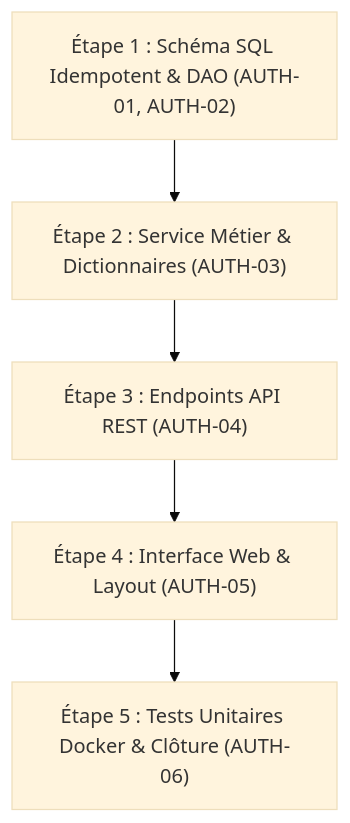
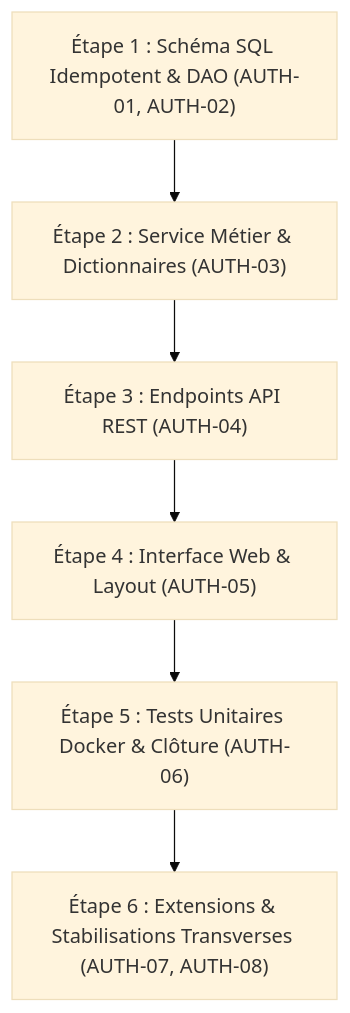
Before and after one commit to Cyrilpop/cemantix-rag-solver: the diagram in docs/roadmap/2026-11-07-authentification-joueurs/01-plan.md, drawn with Mermaid (base theme). The commit also changed other lines of this file and 4 other files, not shown here.

Commit message:
docs(m14): mise à jour de la documentation, de la roadmap et du jalon M14

````diff
--- a/docs/roadmap/2026-11-07-authentification-joueurs/01-plan.md
+++ b/docs/roadmap/2026-11-07-authentification-joueurs/01-plan.md
@@ -115,7 +130,8 @@
 ```mermaid
 flowchart TD
     Step1["Étape 1 : Schéma SQL Idempotent & DAO (AUTH-01, AUTH-02)"] --> Step2["Étape 2 : Service Métier & Dictionnaires (AUTH-03)"]
     Step2 --> Step3["Étape 3 : Endpoints API REST (AUTH-04)"]
     Step3 --> Step4["Étape 4 : Interface Web & Layout (AUTH-05)"]
     Step4 --> Step5["Étape 5 : Tests Unitaires Docker & Clôture (AUTH-06)"]
+    Step5 --> Step6["Étape 6 : Extensions & Stabilisations Transverses (AUTH-07, AUTH-08)"]
 ```
````
